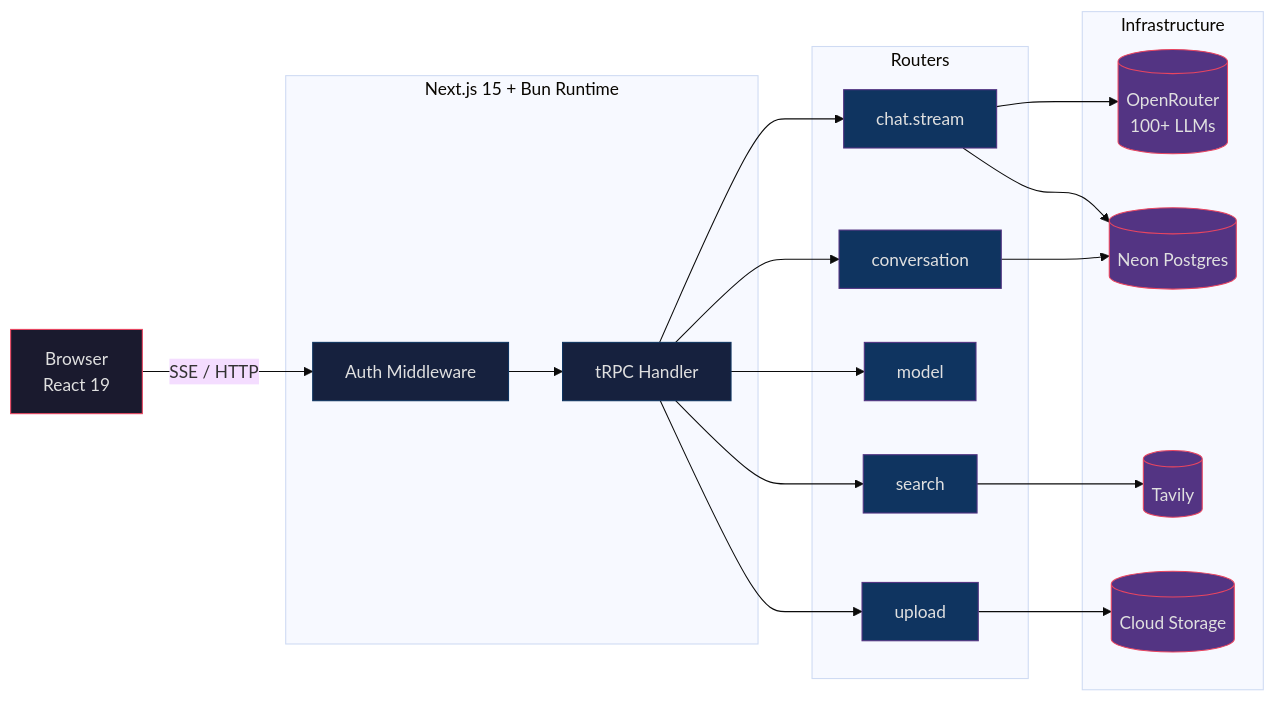
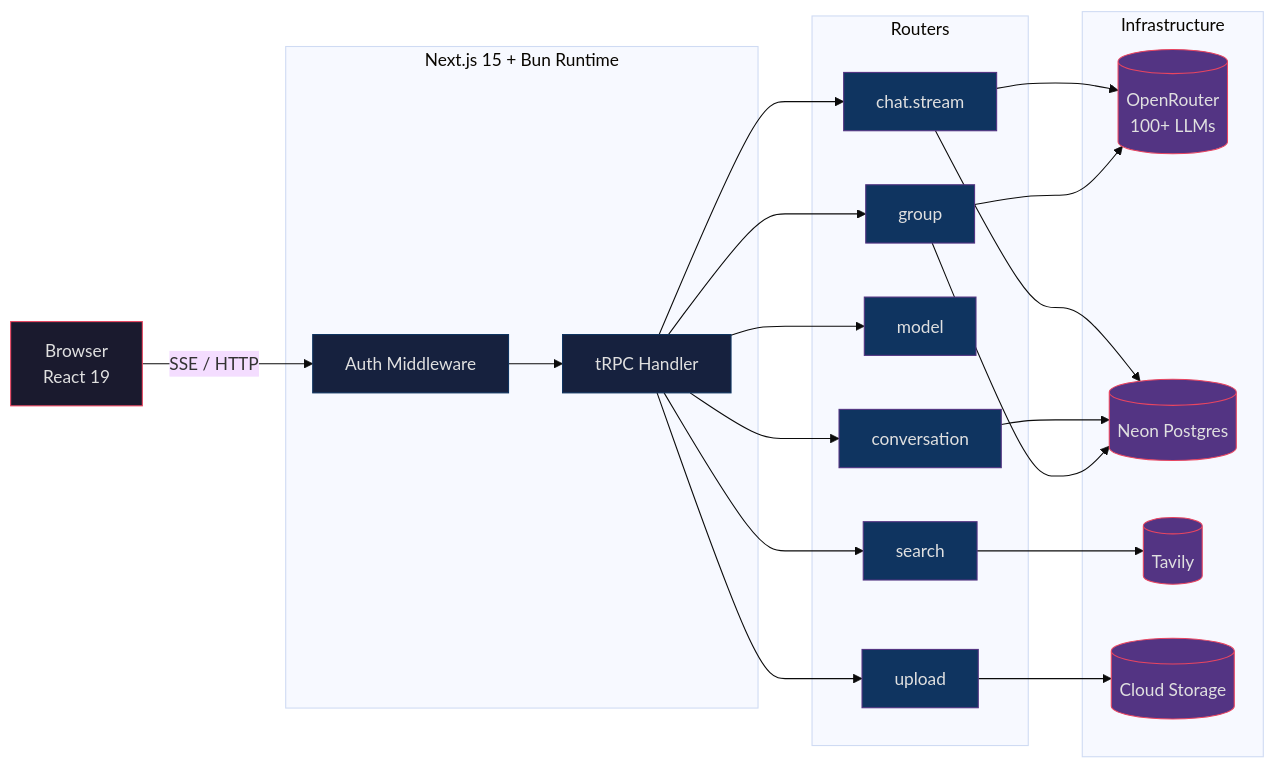
Before and after one commit to HishamBS/farasa: the diagram in README.md, drawn with Mermaid (base theme). The commit also changed other lines of this file, not shown here.

Commit message:
docs(readme): add Group Mode to features, architecture, DB schema, structure, and API reference

````diff
--- a/README.md
+++ b/README.md
@@ -136,47 +137,51 @@
 ```mermaid
 graph LR
     Browser["Browser\nReact 19"]
 
     subgraph SRV ["Next.js 15 + Bun Runtime"]
         MW["Auth Middleware"]
         tRPC["tRPC Handler"]
     end
 
     subgraph API ["Routers"]
         chat["chat.stream"]
         conv["conversation"]
         model["model"]
         srch["search"]
         upl["upload"]
+        grp["group"]
     end
 
     subgraph INFRA ["Infrastructure"]
         OR[("OpenRouter\n100+ LLMs")]
         PG[("Neon Postgres")]
         TV[("Tavily")]
         GCS[("Cloud Storage")]
     end
 
     Browser -->|"SSE / HTTP"| MW
     MW --> tRPC
     tRPC --> chat
     tRPC --> conv
     tRPC --> model
     tRPC --> srch
     tRPC --> upl
+    tRPC --> grp
     chat --> OR
     chat --> PG
     conv --> PG
     srch --> TV
     upl --> GCS
+    grp --> OR
+    grp --> PG
 
     classDef client fill:#1a1a2e,stroke:#e94560,color:#e0e0e0
     classDef server fill:#16213e,stroke:#0f3460,color:#e0e0e0
     classDef router fill:#0f3460,stroke:#533483,color:#e0e0e0
     classDef infra fill:#533483,stroke:#e94560,color:#e0e0e0
 
     class Browser client
     class MW,tRPC server
-    class chat,conv,model,srch,upl router
+    class chat,conv,model,srch,upl,grp router
     class OR,PG,TV,GCS infra
 ```
````
